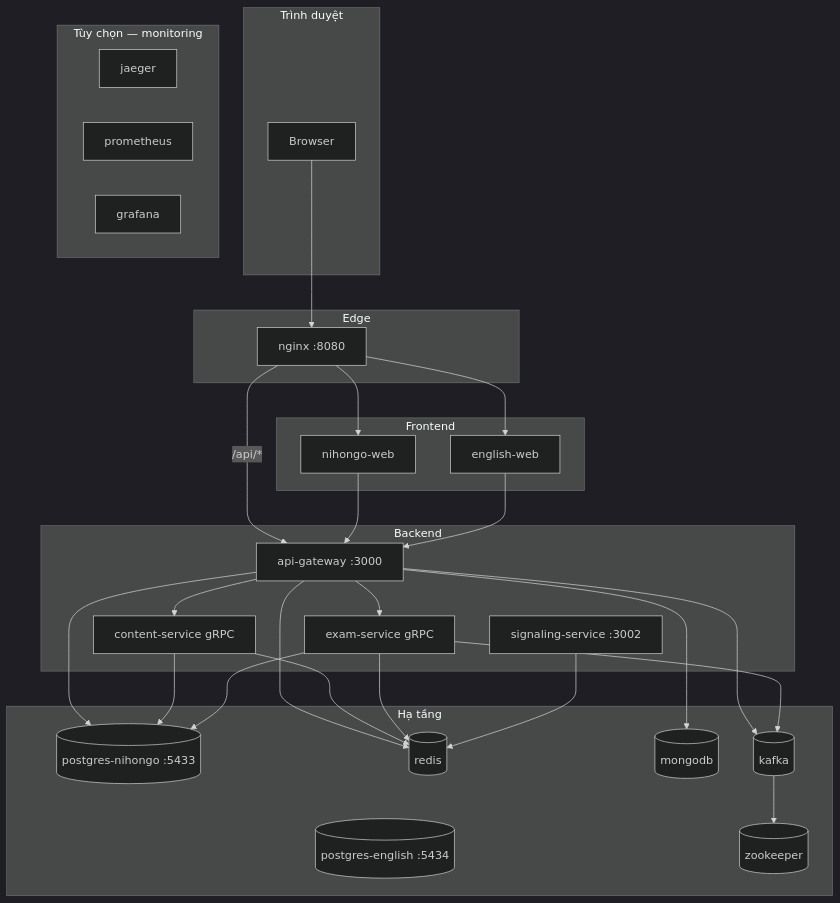
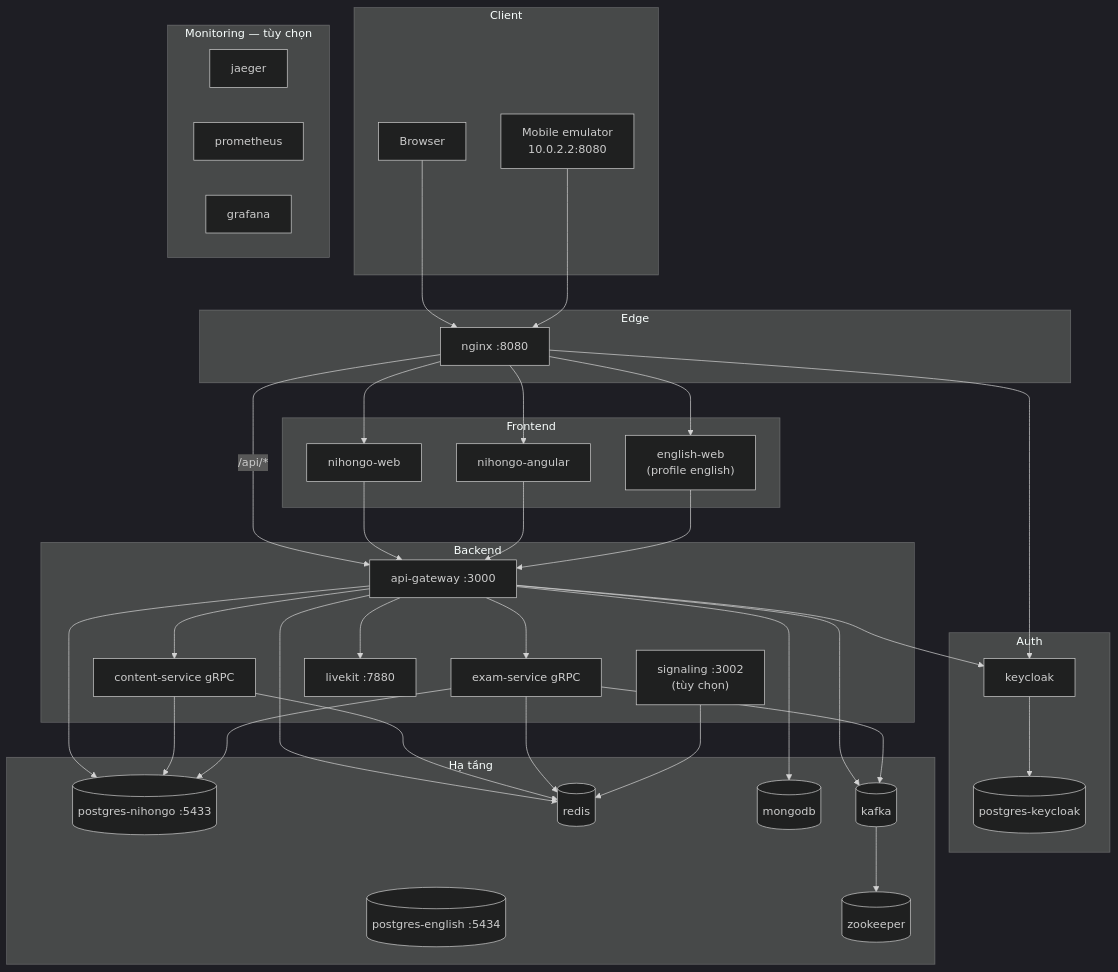
The diagram in docs/docker.md (letiendungdn/EDU_APP), drawn with Mermaid (dark theme) before and after one commit. The commit also changed other lines of this file and 26 other files, not shown here.

First line of the commit message:
docs: align docs with current stack and add Angular/ReactJS roadmaps

````diff
--- a/docs/docker.md
+++ b/docs/docker.md
@@ -79,57 +100,72 @@
 ```mermaid
 flowchart TB
-  subgraph client [Trình duyệt]
+  subgraph client [Client]
     Browser
+    Mobile["Mobile emulator\n10.0.2.2:8080"]
   end
 
   subgraph edge [Edge]
     Nginx["nginx :8080"]
   end
 
   subgraph apps [Frontend]
     NW["nihongo-web"]
-    EW["english-web"]
+    NA["nihongo-angular"]
+    EW["english-web\n(profile english)"]
+  end
+
+  subgraph auth [Auth]
+    KC["keycloak"]
+    PGC[(postgres-keycloak)]
   end
 
   subgraph api [Backend]
     GW["api-gateway :3000"]
     CS["content-service gRPC"]
     ES["exam-service gRPC"]
-    SIG["signaling-service :3002"]
+    SIG["signaling :3002\n(tùy chọn)"]
+    LK["livekit :7880"]
   end
 
   subgraph infra [Hạ tầng]
     PG[(postgres-nihongo :5433)]
     PGE[(postgres-english :5434)]
     RD[(redis)]
     MG[(mongodb)]
     KF[(kafka)]
     ZK[(zookeeper)]
   end
 
-  subgraph obs [Tùy chọn — monitoring]
+  subgraph obs [Monitoring — tùy chọn]
     JG[jaeger]
     PR[prometheus]
     GF[grafana]
   end
 
   Browser --> Nginx
+  Mobile --> Nginx
   Nginx --> NW
+  Nginx --> NA
   Nginx --> EW
+  Nginx --> KC
   Nginx -->|"/api/*"| GW
   NW --> GW
+  NA --> GW
   EW --> GW
   GW --> CS
   GW --> ES
   GW --> PG
   GW --> RD
   GW --> MG
   GW --> KF
+  GW --> KC
+  GW --> LK
+  KC --> PGC
   CS --> PG
   CS --> RD
   ES --> PG
   ES --> RD
   ES --> KF
   KF --> ZK
   SIG --> RD
 ```
````
